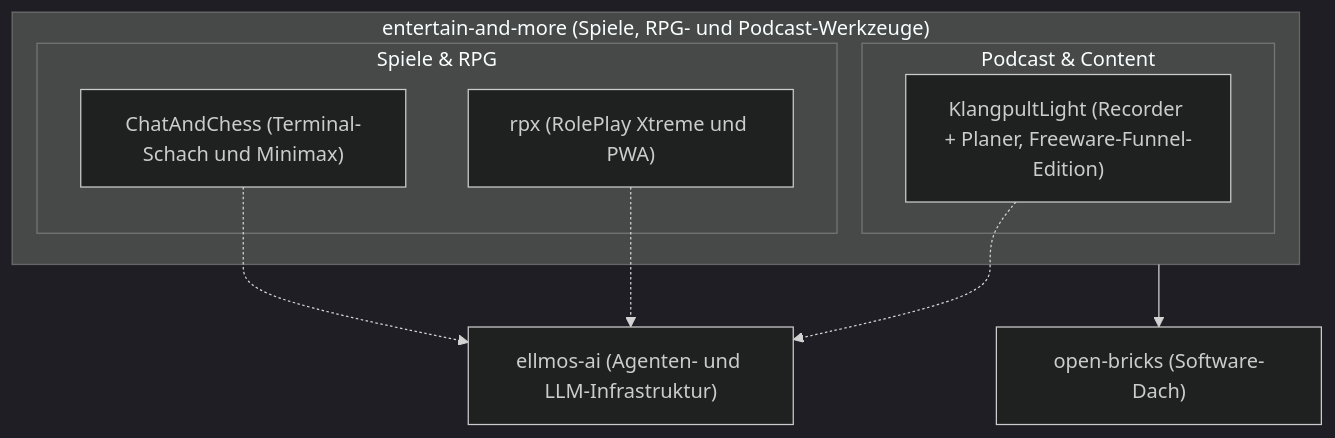
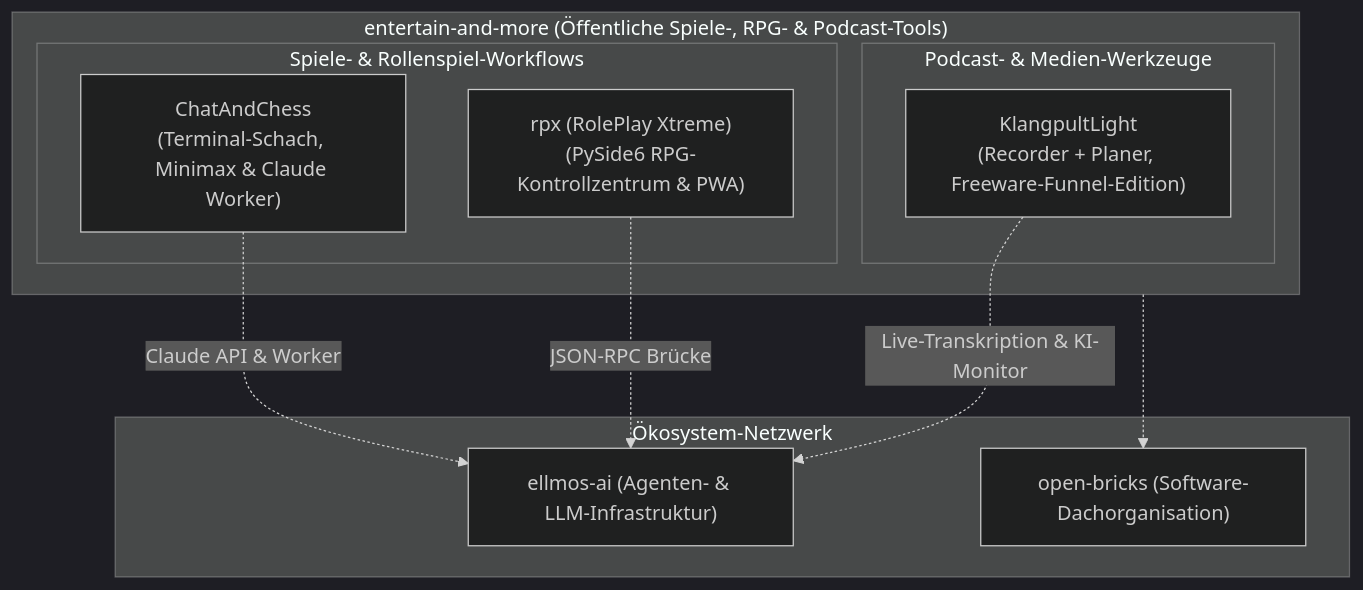
One commit to entertain-and-more/.github changed the diagram in profile/README_de.md. Above: the diagram before and after it, drawn with Mermaid (dark theme). The commit also changed other lines of this file and 5 other files, not shown here.

````diff
--- a/profile/README_de.md
+++ b/profile/README_de.md
@@ -31,18 +52,22 @@
 ```mermaid
 graph TD
-    subgraph Org["entertain-and-more (Spiele, RPG- und Podcast-Werkzeuge)"]
-        subgraph Gaming["Spiele & RPG"]
-            CC["ChatAndChess (Terminal-Schach und Minimax)"]
-            RPX["rpx (RolePlay Xtreme und PWA)"]
+    subgraph Org ["entertain-and-more (Öffentliche Spiele-, RPG- & Podcast-Tools)"]
+        subgraph Gaming ["Spiele- & Rollenspiel-Workflows"]
+            CC["ChatAndChess<br/>(Terminal-Schach, Minimax & Claude Worker)"]
+            RPX["rpx (RolePlay Xtreme)<br/>(PySide6 RPG-Kontrollzentrum & PWA)"]
         end
-        subgraph Content["Podcast & Content"]
-            KLANG["KlangpultLight (Recorder + Planer, Freeware-Funnel-Edition)"]
+        subgraph Content ["Podcast- & Medien-Werkzeuge"]
+            KLANG["KlangpultLight<br/>(Recorder + Planer, Freeware-Funnel-Edition)"]
         end
     end
-    ELLMOS["ellmos-ai (Agenten- und LLM-Infrastruktur)"]
-    OPEN["open-bricks (Software-Dach)"]
-    CC -.-> ELLMOS
-    RPX -.-> ELLMOS
-    KLANG -.-> ELLMOS
-    Org --> OPEN
+
+    subgraph Eco ["Ökosystem-Netzwerk"]
+        ELLMOS["ellmos-ai (Agenten- & LLM-Infrastruktur)"]
+        OPEN["open-bricks (Software-Dachorganisation)"]
+    end
+
+    CC -.->|Claude API & Worker| ELLMOS
+    RPX -.->|JSON-RPC Brücke| ELLMOS
+    KLANG -.->|Live-Transkription & KI-Monitor| ELLMOS
+    Org -.-> OPEN
 ```
````
